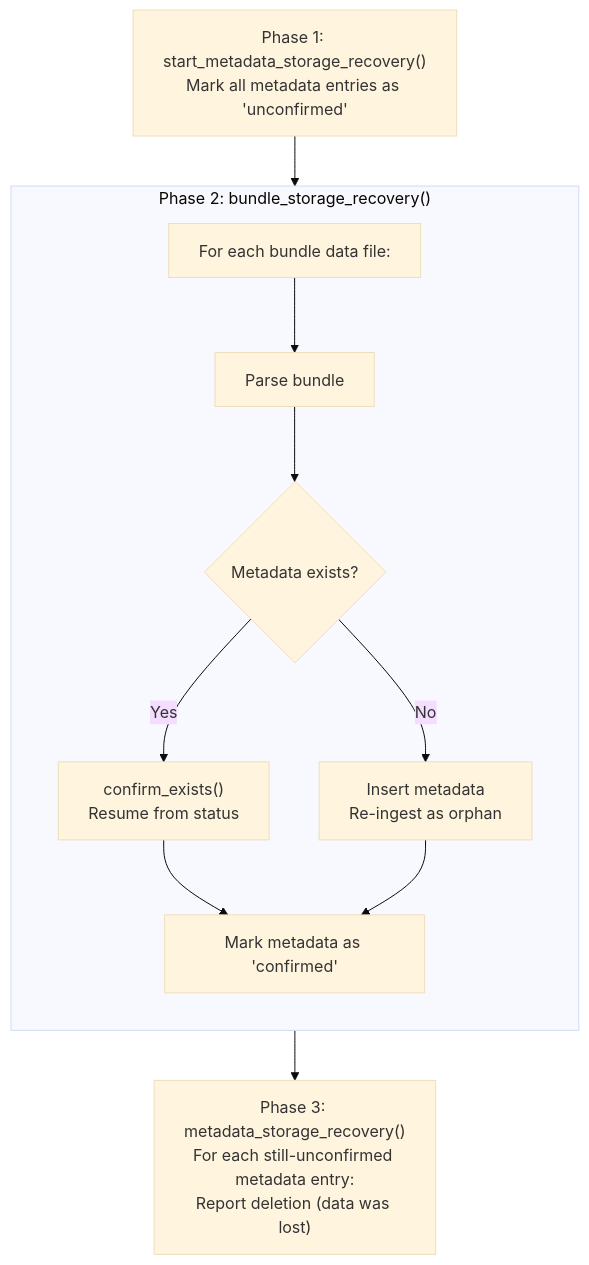
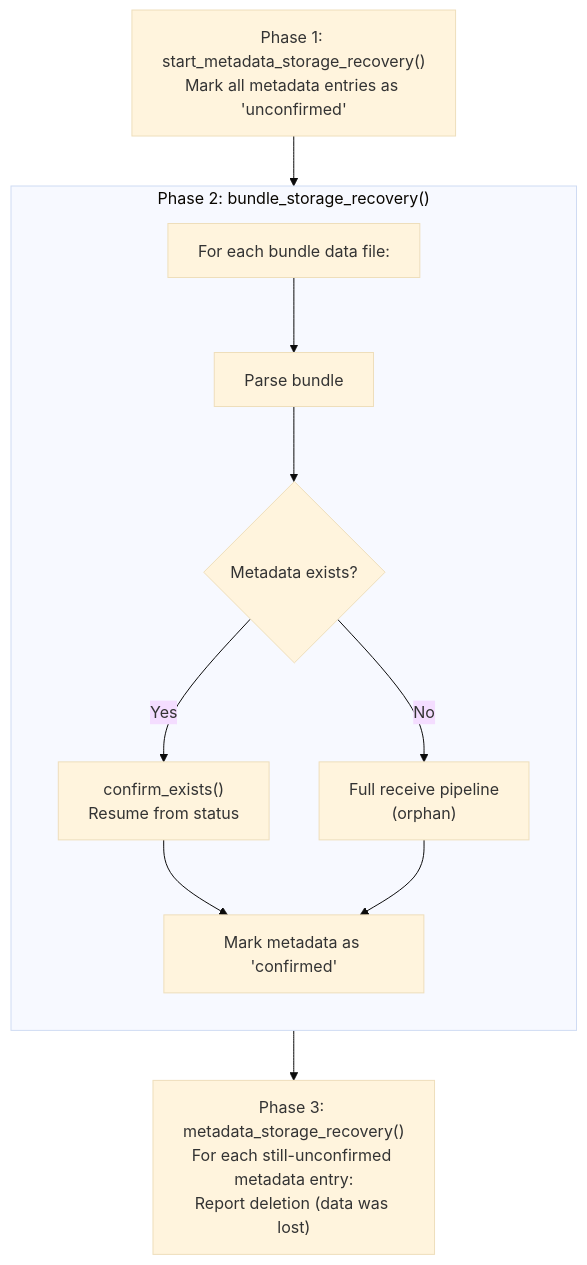
The diagram in bpa/docs/storage_subsystem_design.md (ricktaylor/hardy), drawn with Mermaid (base theme) before and after one commit. The commit also changed other lines of this file and 13 other files, not shown here.

````diff
--- a/bpa/docs/storage_subsystem_design.md
+++ b/bpa/docs/storage_subsystem_design.md
@@ -272,18 +272,18 @@
 ```mermaid
 flowchart TD
     Phase1["Phase 1: start_metadata_storage_recovery()\nMark all metadata entries as 'unconfirmed'"]
     Phase1 --> Phase2
 
     subgraph Phase2["Phase 2: bundle_storage_recovery()"]
         direction TB
         ForEach["For each bundle data file:"]
         ForEach --> Parse["Parse bundle"]
         Parse --> CheckMeta{"Metadata exists?"}
         CheckMeta -->|"Yes"| Confirm["confirm_exists()\nResume from status"]
-        CheckMeta -->|"No"| Insert["Insert metadata\nRe-ingest as orphan"]
+        CheckMeta -->|"No"| Insert["Full receive pipeline\n(orphan)"]
         Confirm --> Mark["Mark metadata as 'confirmed'"]
         Insert --> Mark
     end
 
     Phase2 --> Phase3["Phase 3: metadata_storage_recovery()\nFor each still-unconfirmed metadata entry:\nReport deletion (data was lost)"]
 ```
````
